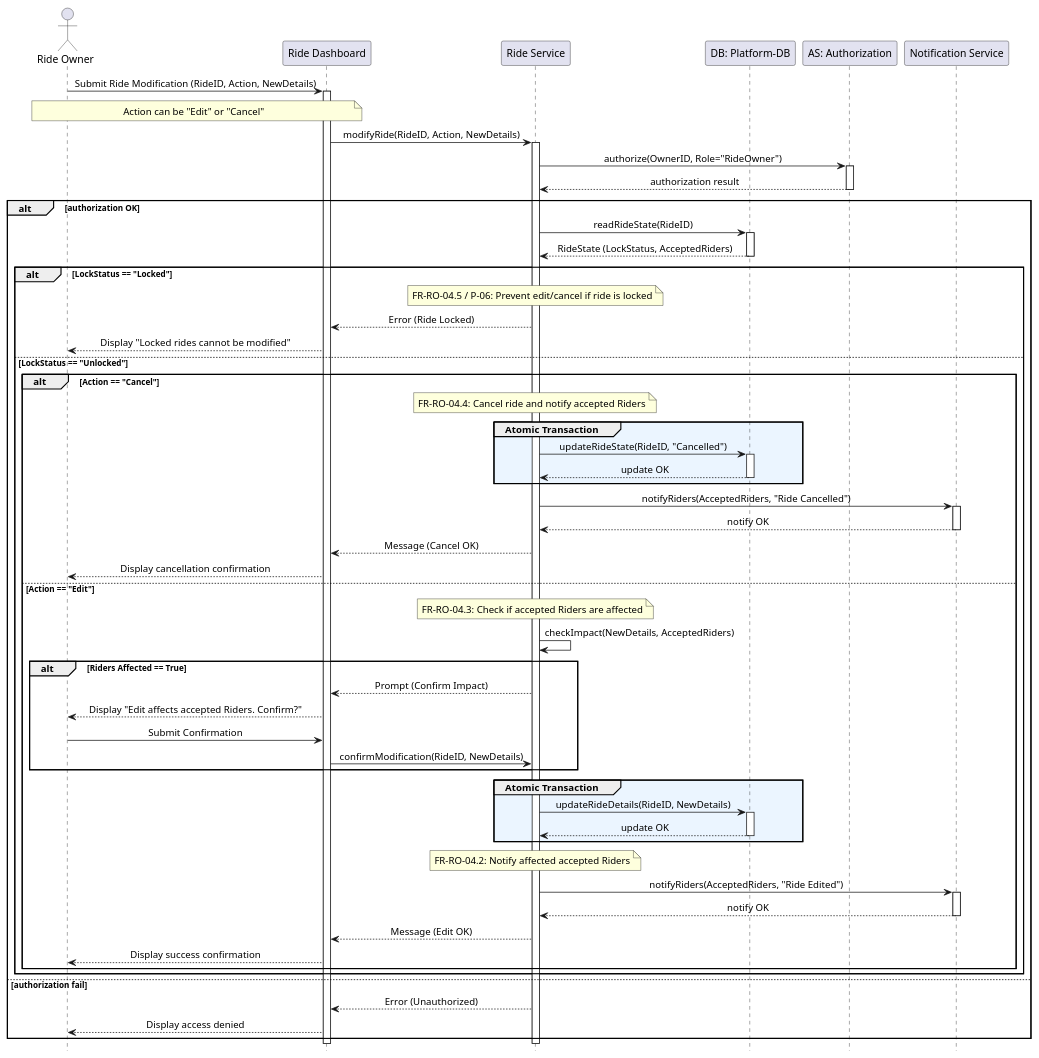
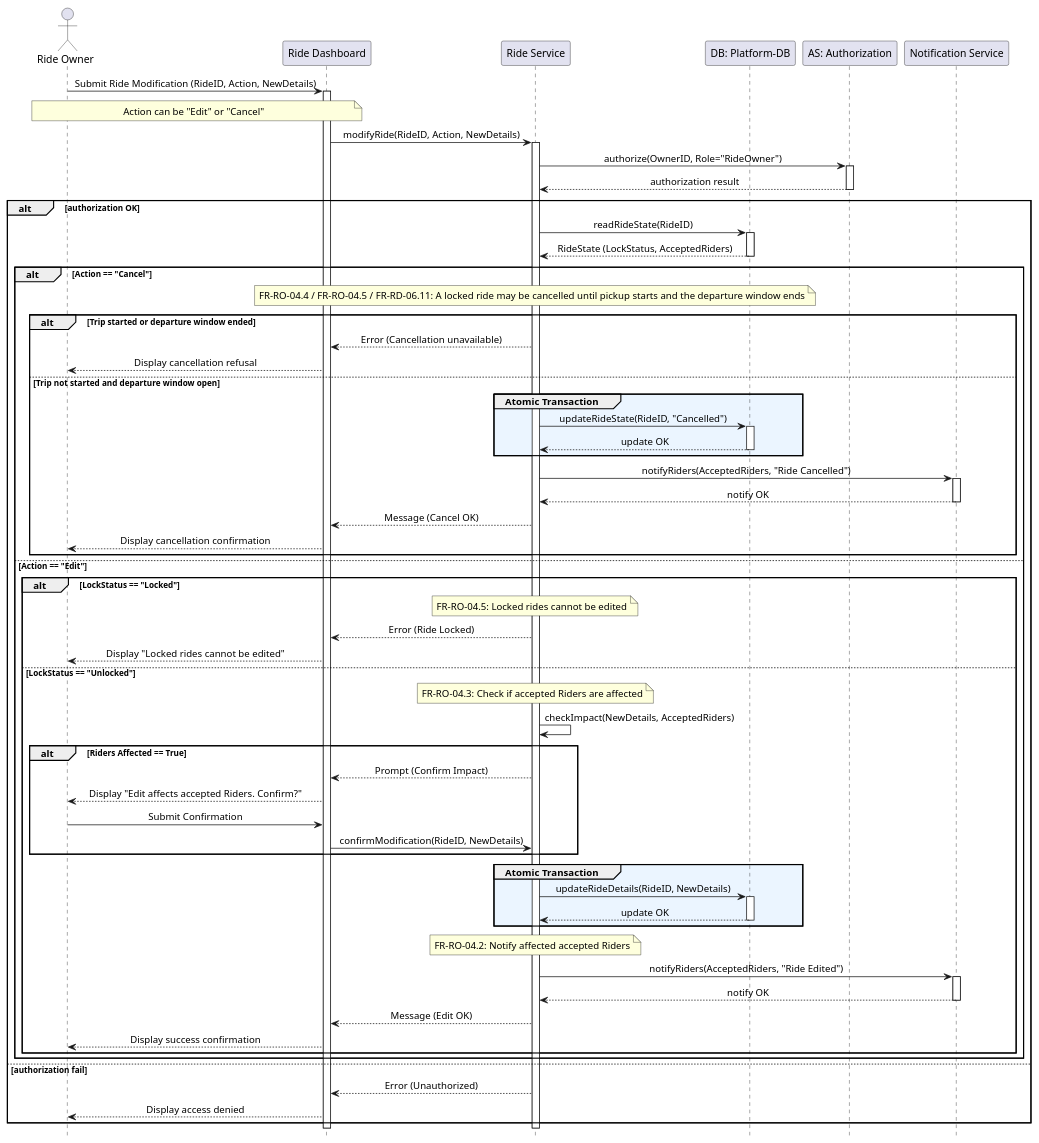
One commit to CS455-Carpooling/Campus_Ridepooling_Automation changed the diagram in Deliverables/D1/Sequence Diagrams/ride_owner/5.puml. Above: the diagram before and after it, drawn with PlantUML. The commit also changed 4 other files, not shown here.

```diff
--- a/Deliverables/D1/Sequence Diagrams/ride_owner/5.puml
+++ b/Deliverables/D1/Sequence Diagrams/ride_owner/5.puml
@@ -1,84 +1,87 @@
 @startuml
 hide footbox
 skinparam sequenceMessageAlign center
 
 actor "Ride Owner" as RO
 participant "Ride Dashboard" as UI
 participant "Ride Service" as Backend
 participant "DB: Platform-DB" as DB
 participant "AS: Authorization" as Auth
 participant "Notification Service" as Notify
 
 RO -> UI: Submit Ride Modification (RideID, Action, NewDetails)
 activate UI
 note over RO, UI: Action can be "Edit" or "Cancel"
 UI -> Backend: modifyRide(RideID, Action, NewDetails)
 activate Backend
 
 Backend -> Auth: authorize(OwnerID, Role="RideOwner")
 activate Auth
 Auth --> Backend: authorization result
 deactivate Auth
 
 alt authorization OK
     Backend -> DB: readRideState(RideID)
     activate DB
     DB --> Backend: RideState (LockStatus, AcceptedRiders)
     deactivate DB
     
-    alt LockStatus == "Locked"
-        note over Backend: FR-RO-04.5 / P-06: Prevent edit/cancel if ride is locked
-        Backend --> UI: Error (Ride Locked)
-        UI --> RO: Display "Locked rides cannot be modified"
-        
-    else LockStatus == "Unlocked"
-        alt Action == "Cancel"
-            note over Backend: FR-RO-04.4: Cancel ride and notify accepted Riders
+    alt Action == "Cancel"
+        note over Backend: FR-RO-04.4 / FR-RO-04.5 / FR-RD-06.11: A locked ride may be cancelled until pickup starts and the departure window ends
+        alt Trip started or departure window ended
+            Backend --> UI: Error (Cancellation unavailable)
+            UI --> RO: Display cancellation refusal
+        else Trip not started and departure window open
             group #EBF5FF Atomic Transaction
                 Backend -> DB: updateRideState(RideID, "Cancelled")
                 activate DB
                 DB --> Backend: update OK
                 deactivate DB
             end
             Backend -> Notify: notifyRiders(AcceptedRiders, "Ride Cancelled")
             activate Notify
             Notify --> Backend: notify OK
             deactivate Notify
             Backend --> UI: Message (Cancel OK)
             UI --> RO: Display cancellation confirmation
-            
-        else Action == "Edit"
+        end
+    else Action == "Edit"
+        alt LockStatus == "Locked"
+            note over Backend: FR-RO-04.5: Locked rides cannot be edited
+            Backend --> UI: Error (Ride Locked)
+            UI --> RO: Display "Locked rides cannot be edited"
+        else LockStatus == "Unlocked"
             note over Backend: FR-RO-04.3: Check if accepted Riders are affected
             Backend -> Backend: checkImpact(NewDetails, AcceptedRiders)
-            
+
             alt Riders Affected == True
                 Backend --> UI: Prompt (Confirm Impact)
                 UI --> RO: Display "Edit affects accepted Riders. Confirm?"
                 RO -> UI: Submit Confirmation
                 UI -> Backend: confirmModification(RideID, NewDetails)
             end
-            
+
             group #EBF5FF Atomic Transaction
                 Backend -> DB: updateRideDetails(RideID, NewDetails)
                 activate DB
                 DB --> Backend: update OK
                 deactivate DB
             end
             
             note over Backend: FR-RO-04.2: Notify affected accepted Riders
             Backend -> Notify: notifyRiders(AcceptedRiders, "Ride Edited")
             activate Notify
             Notify --> Backend: notify OK
             deactivate Notify
             
             Backend --> UI: Message (Edit OK)
             UI --> RO: Display success confirmation
         end
     end
 else authorization fail
     Backend --> UI: Error (Unauthorized)
     UI --> RO: Display access denied
 end
 deactivate Backend
 deactivate UI
 @enduml
```
